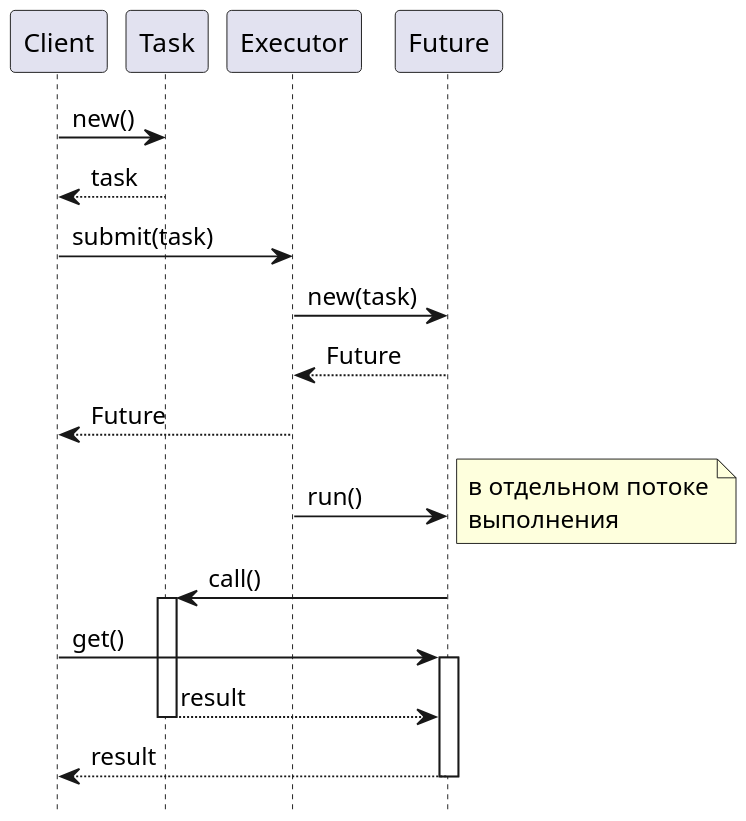
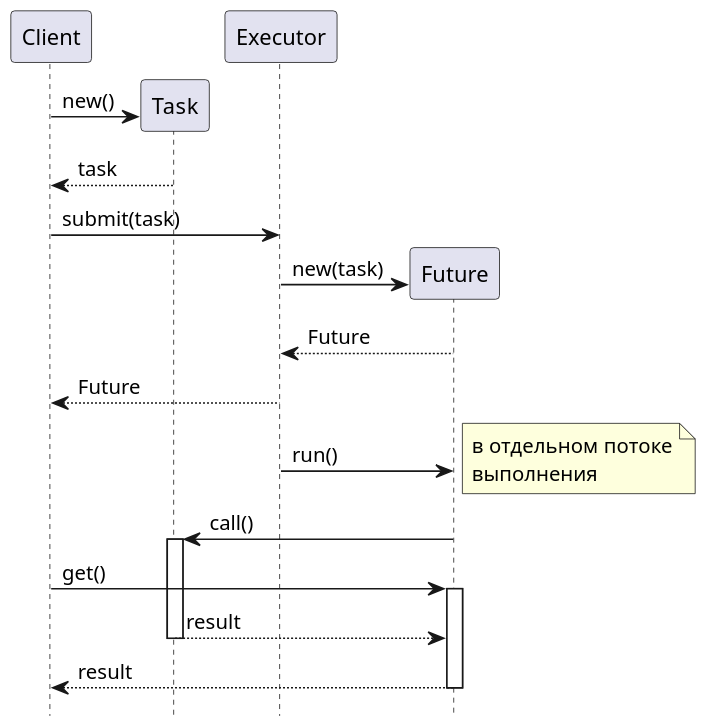
The seventh of 7 diagrams in slides10/src/main/asciidoc/lecture.adoc (inponomarev/java-mipt), drawn with PlantUML before and after one commit. The commit also changed 1 other file, not shown here.

Commit message:
better sequence diagrams

```diff
--- a/slides10/src/main/asciidoc/lecture.adoc
+++ b/slides10/src/main/asciidoc/lecture.adoc
@@ -857,37 +857,37 @@
 [plantuml, taskexecfuture, png]
 ----
 @startuml
-skinparam dpi 180
+skinparam dpi 150
 hide footbox
 
 participant Client
 participant Task
 participant Executor
 participant Future
 
-Client -> Task: new()
+Client -> Task **: new()
 Task --> Client: task
 
 Client -> Executor: submit(task)
-Executor -> Future: new(task)
+Executor -> Future **: new(task)
 Future --> Executor: Future
 Executor --> Client: Future 
 
 Executor -> Future: run()
 note right
   в отдельном потоке
   выполнения
 end note
 
 Future -> Task: call()
 activate Task
 
 Client -> Future: get()
 activate Future
 Task --> Future: result
 deactivate Task
 Future --> Client: result
 deactivate Future
 
 @enduml
 ----
```
